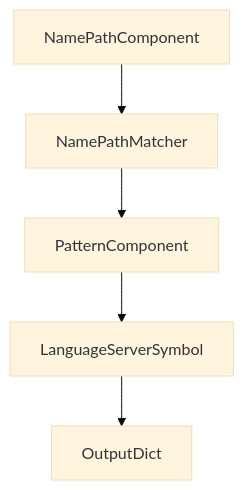
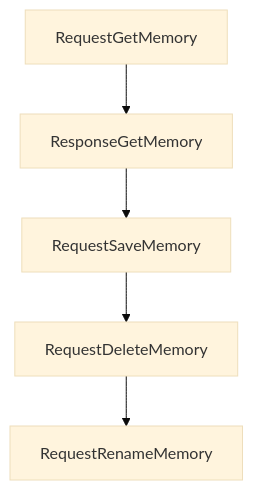
Before and after one commit to johnxie/awesome-code-docs: the diagram in tutorials/serena-tutorial/04-language-backends-and-analysis-strategy.md, drawn with Mermaid (base theme). The commit also changed other lines of this file and 1232 other files, not shown here.

````diff
--- a/tutorials/serena-tutorial/04-language-backends-and-analysis-strategy.md
+++ b/tutorials/serena-tutorial/04-language-backends-and-analysis-strategy.md
@@ -220,12 +218,12 @@
 ```mermaid
 flowchart TD
-    A[NamePathComponent]
-    B[NamePathMatcher]
-    C[PatternComponent]
-    D[LanguageServerSymbol]
-    E[OutputDict]
+    A[RequestGetMemory]
+    B[ResponseGetMemory]
+    C[RequestSaveMemory]
+    D[RequestDeleteMemory]
+    E[RequestRenameMemory]
     A --> B
     B --> C
     C --> D
     D --> E
 ```
````
